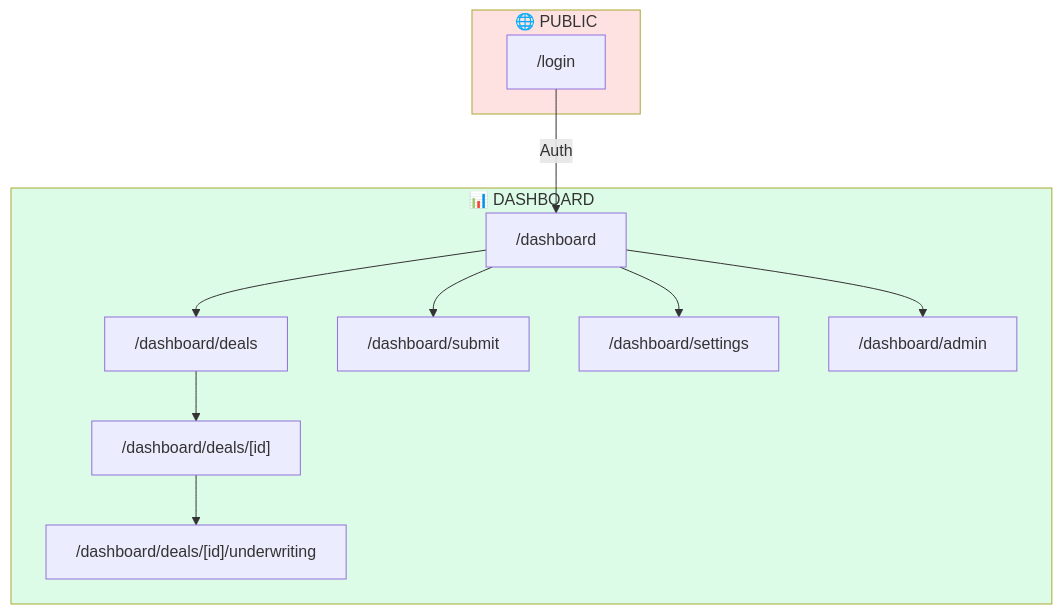
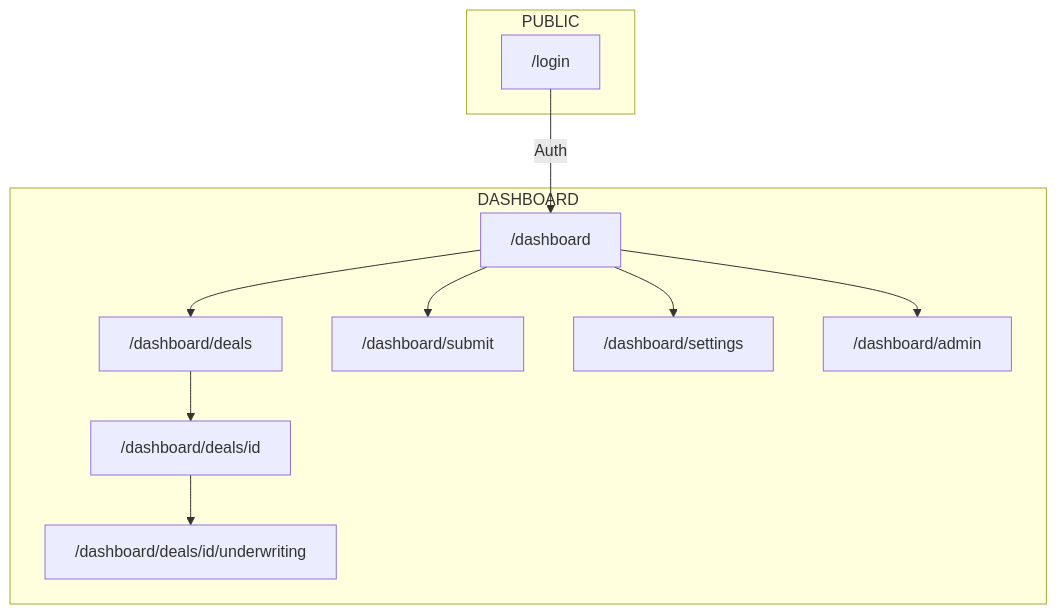
The fifth of 7 diagrams in README.md (jngonzales/architecture), drawn with Mermaid before and after one commit. The commit also changed other lines of this file, not shown here.

````diff
--- a/README.md
+++ b/README.md
@@ -170,27 +161,24 @@
 ```mermaid
 flowchart TD
-    subgraph Public["🌐 PUBLIC"]
+    subgraph Public["PUBLIC"]
         Login["/login"]
     end
 
-    subgraph Dashboard["📊 DASHBOARD"]
+    subgraph Dashboard["DASHBOARD"]
         Home["/dashboard"]
         Deals["/dashboard/deals"]
-        DealDetail["/dashboard/deals/[id]"]
-        Underwriting["/dashboard/deals/[id]/underwriting"]
+        DealDetail["/dashboard/deals/id"]
+        Underwriting["/dashboard/deals/id/underwriting"]
         Submit["/dashboard/submit"]
         Settings["/dashboard/settings"]
         Admin["/dashboard/admin"]
     end
 
-    Login -->|"Auth"| Home
+    Login -->|Auth| Home
     Home --> Deals
     Home --> Submit
     Home --> Settings
     Home --> Admin
     Deals --> DealDetail
     DealDetail --> Underwriting
-
-    style Public fill:#fee2e2
-    style Dashboard fill:#dcfce7
 ```
````
